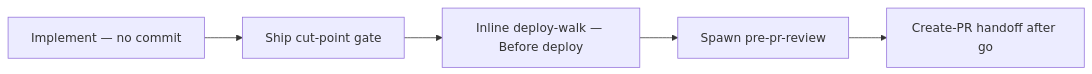
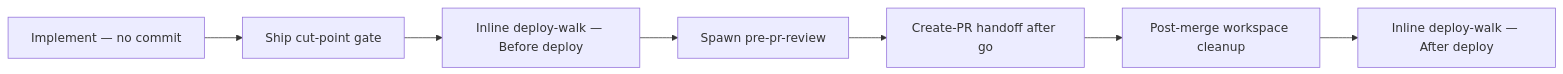
One commit to safebeat-sedea/research-and-development changed the diagram in missions/plan-and-deliver/skills/coding-session/SKILL.md. Above: the diagram before and after it, drawn with Mermaid. The commit also changed other lines of this file and 3 other files, not shown here.

First line of the commit message:
Run post-merge workspace cleanup before After deploy walk.

````diff
--- a/missions/plan-and-deliver/skills/coding-session/SKILL.md
+++ b/missions/plan-and-deliver/skills/coding-session/SKILL.md
@@ -497,7 +496,9 @@
 ```mermaid
 flowchart LR
   IMPL[Implement — no commit] --> CUT[Ship cut-point gate]
   CUT --> BDW[Inline deploy-walk — Before deploy]
   BDW --> PPR[Spawn pre-pr-review]
   PPR --> CPR[Create-PR handoff after go]
+  CPR --> PMC[Post-merge workspace cleanup]
+  PMC --> ADW[Inline deploy-walk — After deploy]
 ```
````
